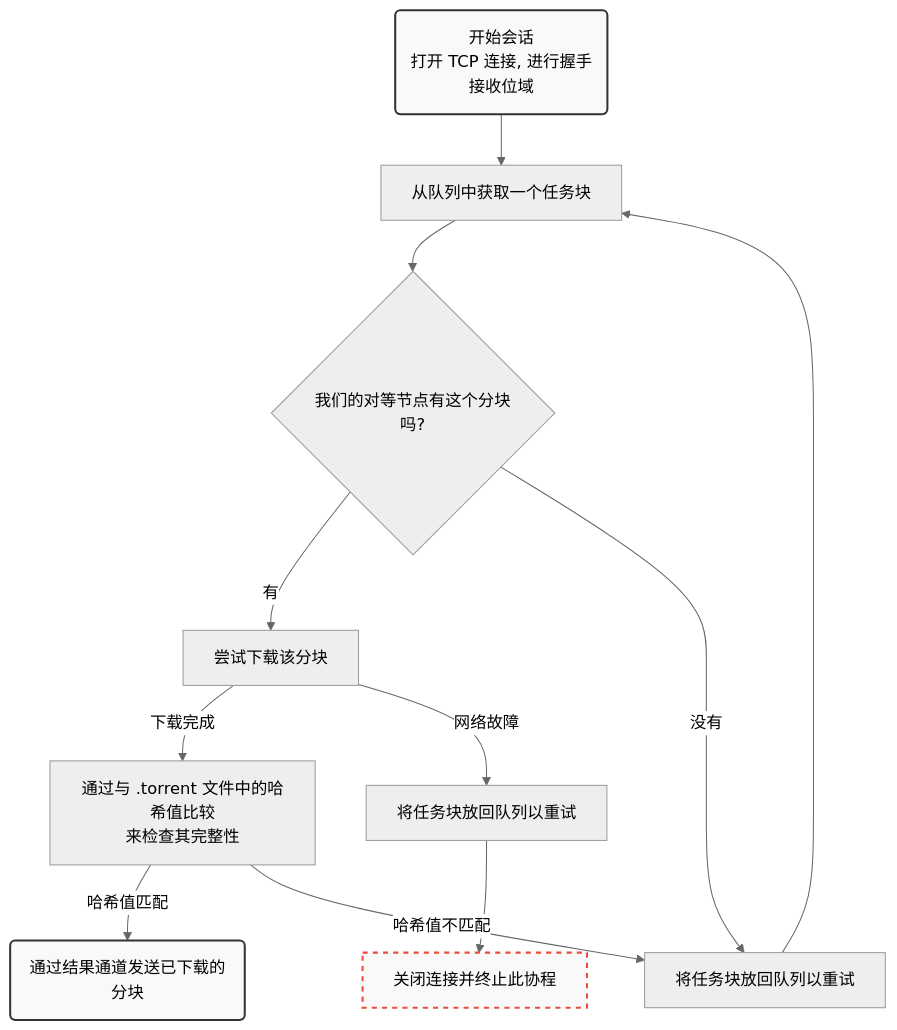
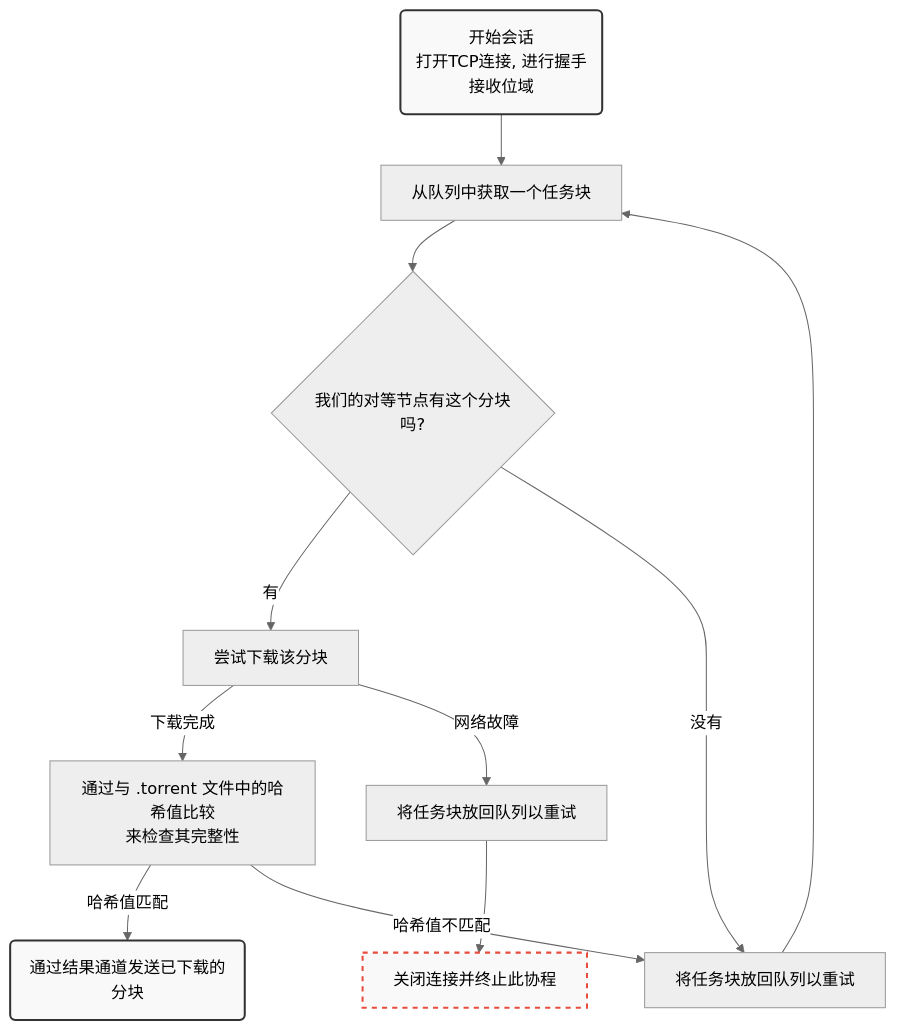
The diagram in src/翻译/在go中从头开始构建BitTorrent客户端.md (ChengCY-2254/blog.github.io), drawn with Mermaid (neutral theme) before and after one commit.

Commit message:
🚀尝试更新流程图格式

````diff
--- a/src/翻译/在go中从头开始构建BitTorrent客户端.md
+++ b/src/翻译/在go中从头开始构建BitTorrent客户端.md
@@ -468,22 +468,22 @@
 ```mermaid
 graph TD
-    A(开始会话 <br> 打开 TCP 连接, 进行握手<br>接收位域) --> B[从队列中获取一个任务块];
+    A(开始会话 <br>打开TCP连接, 进行握手<br>接收位域) --> B[从队列中获取一个任务块];
     B --> C{我们的对等节点有这个分块吗?};
     C -- 有 --> D[尝试下载该分块];
     C -- 没有 --> F[将任务块放回队列以重试];
     
     D -- 下载完成 --> E[通过与 .torrent 文件中的哈希值比较<br>来检查其完整性];
     D -- 网络故障 --> H[将任务块放回队列以重试];
     
     E -- 哈希值匹配 --> G(通过结果通道发送已下载的分块);
     E -- 哈希值不匹配 --> F;
     
     F --> B;
 
     
     H --> I[关闭连接并终止此协程];
 
     style A fill:#f9f9f9,stroke:#333,stroke-width:2px
     style G fill:#f9f9f9,stroke:#333,stroke-width:2px
     style I fill:#f9f9f9,stroke:#e74c3c,stroke-width:2px,stroke-dasharray: 5 5
 ```
````
